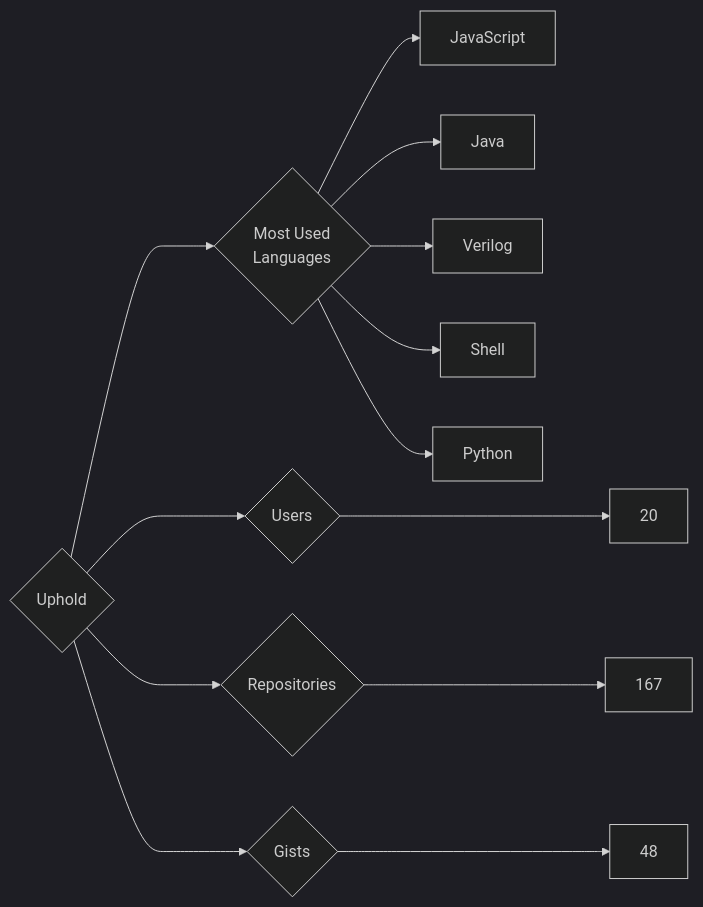
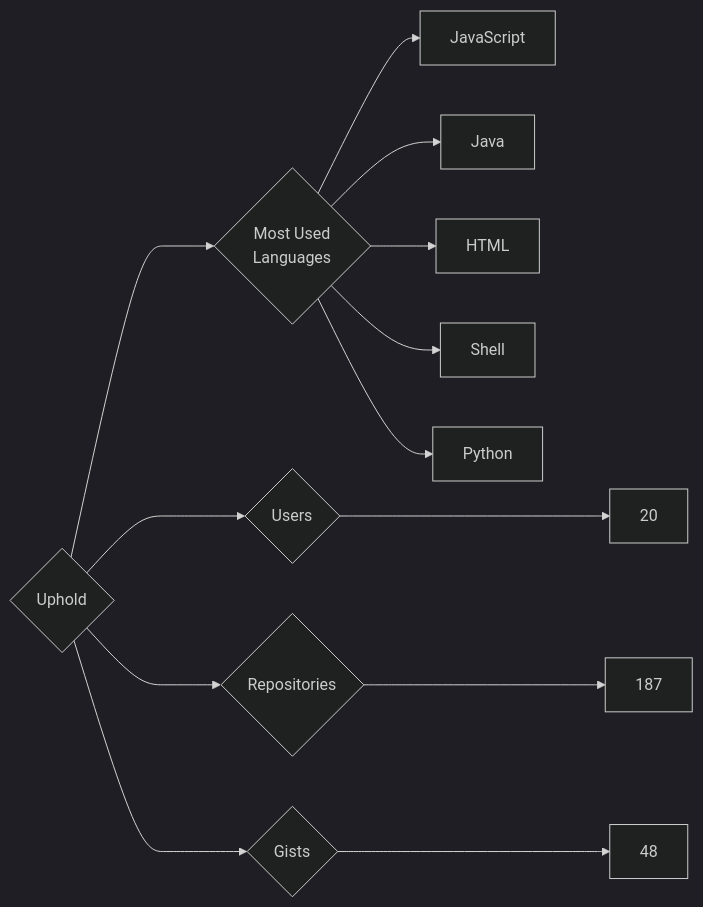
Before and after one commit to trickest/insiders: the diagram in targets/Uphold/README.md, drawn with Mermaid (dark theme). The commit also changed 1479 other files, not shown here.

````diff
--- a/targets/Uphold/README.md
+++ b/targets/Uphold/README.md
@@ -3,13 +3,13 @@
 ```mermaid
 graph LR
 COMPANY_NAME{Uphold}
 COMPANY_NAME ---> U{Users} ---> UN[20]
-COMPANY_NAME ---> R{Repositories} ---> RN[167]
+COMPANY_NAME ---> R{Repositories} ---> RN[187]
 COMPANY_NAME ---> G{Gists} ---> GN[48]
 COMPANY_NAME ---> ML{Most Used<br>Languages}
 ML --> JavaScript[JavaScript]
 ML --> Java[Java]
-ML --> Verilog[Verilog]
+ML --> HTML[HTML]
 ML --> Shell[Shell]
 ML --> Python[Python]
 ```
````
